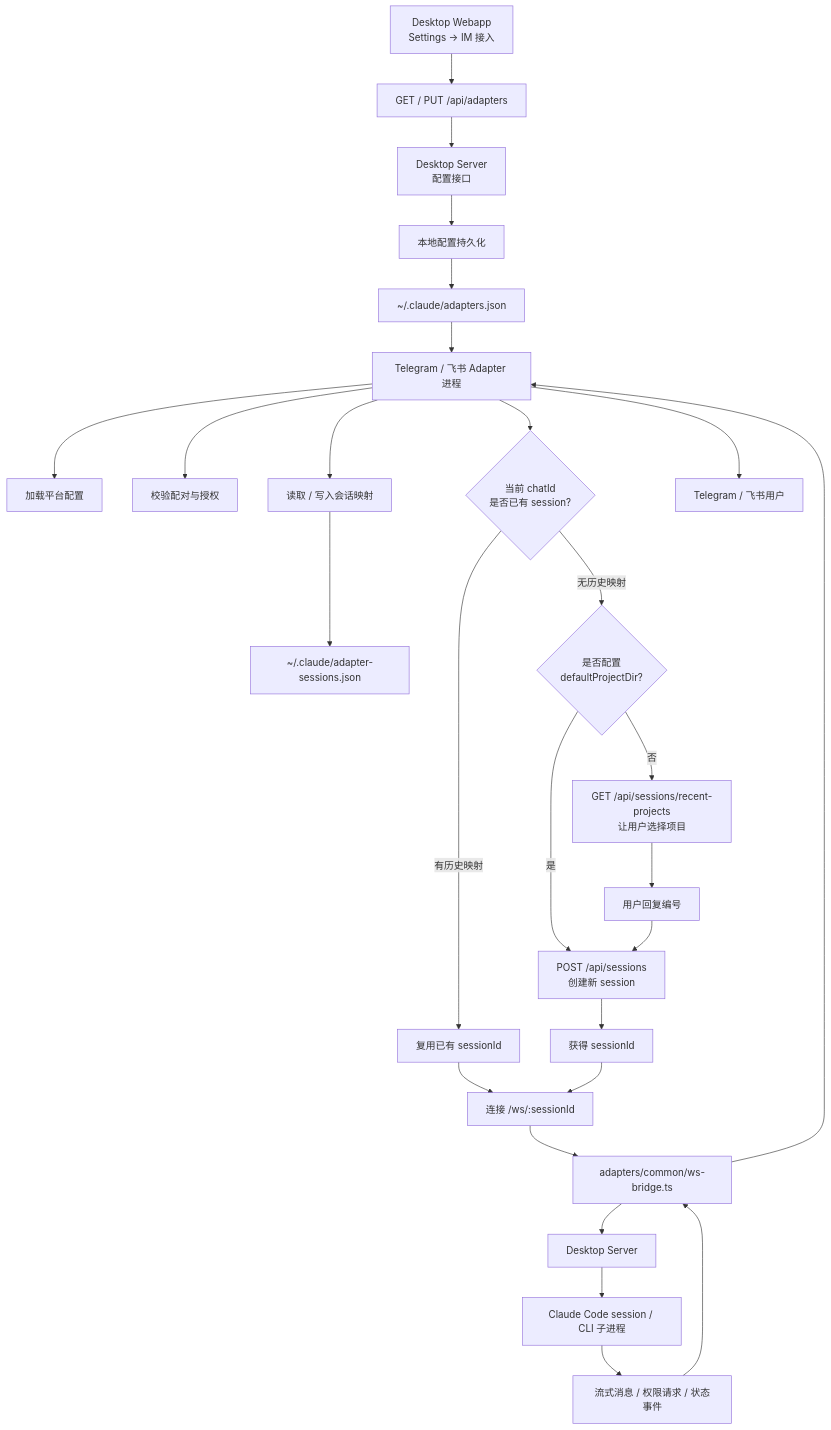
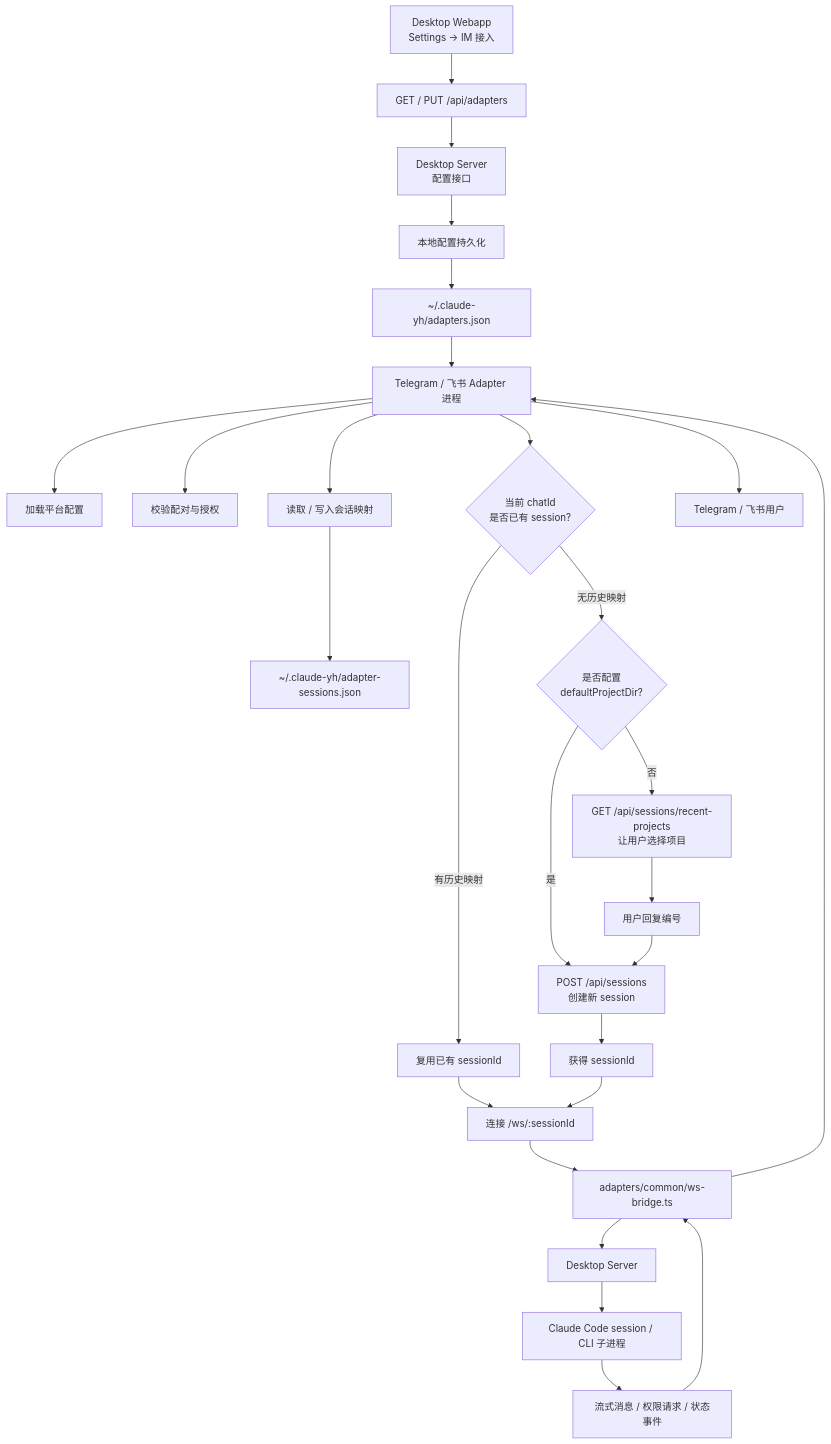
Before and after one commit to ApolloYH/cc-yh: the diagram in docs/im/index.md, drawn with Mermaid. The commit also changed other lines of this file and 378 other files, not shown here.

````diff
--- a/docs/im/index.md
+++ b/docs/im/index.md
@@ -12,34 +12,34 @@
 ```mermaid
 flowchart TD
     A["Desktop Webapp<br/>Settings -> IM 接入"] --> B["GET / PUT /api/adapters"]
     B --> C["Desktop Server<br/>配置接口"]
     C --> D["本地配置持久化"]
-    D --> E["~/.claude/adapters.json"]
+    D --> E["~/.claude-yh/adapters.json"]
 
     E --> F["Telegram / 飞书 Adapter 进程"]
     F --> G["加载平台配置"]
     F --> H["校验配对与授权"]
     F --> I["读取 / 写入会话映射"]
-    I --> J["~/.claude/adapter-sessions.json"]
+    I --> J["~/.claude-yh/adapter-sessions.json"]
 
     F --> K{"当前 chatId<br/>是否已有 session?"}
     K -->|有历史映射| L["复用已有 sessionId"]
     K -->|无历史映射| M{"是否配置<br/>defaultProjectDir?"}
     M -->|是| N["POST /api/sessions<br/>创建新 session"]
     M -->|否| O["GET /api/sessions/recent-projects<br/>让用户选择项目"]
     O --> P["用户回复编号"]
     P --> N
 
     N --> Q["获得 sessionId"]
     L --> R["连接 /ws/:sessionId"]
     Q --> R
 
     R --> S["adapters/common/ws-bridge.ts"]
     S --> T["Desktop Server"]
     T --> U["Claude Code session / CLI 子进程"]
 
     U --> V["流式消息 / 权限请求 / 状态事件"]
     V --> S
     S --> F
     F --> W["Telegram / 飞书用户"]
 ```
````
